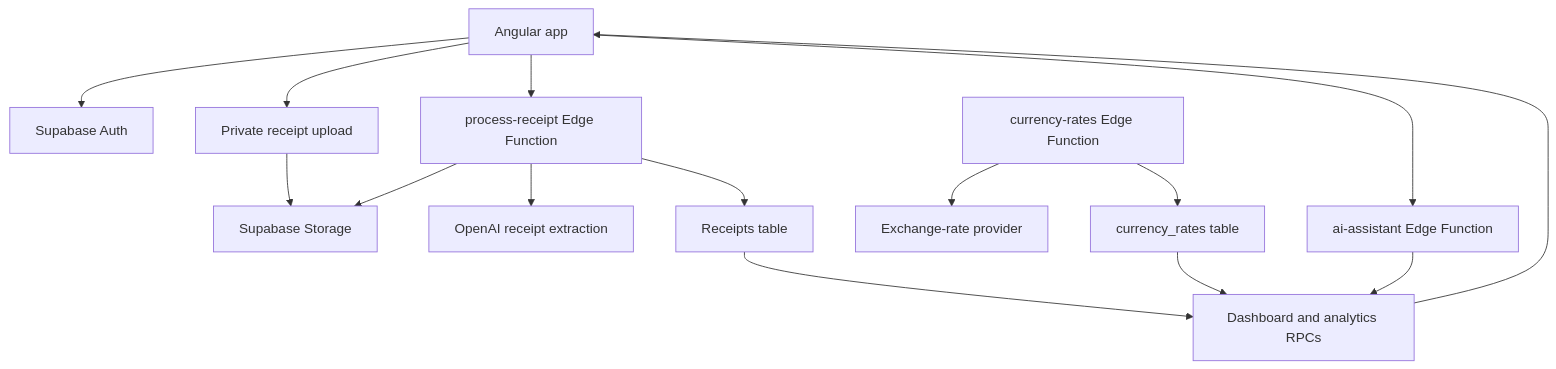
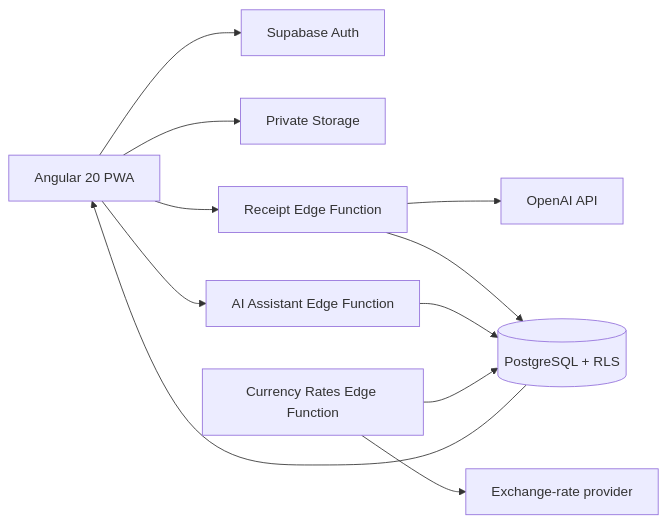
One commit to hussain0326/house-finance-assistance changed the diagram in README.md. Above: the diagram before and after it, drawn with Mermaid. The commit also changed other lines of this file and 22 other files, not shown here.

First line of the commit message:
feat: add architecture guide and enhance testing strategy

````diff
--- a/README.md
+++ b/README.md
@@ -22,17 +37,13 @@
 ```mermaid
-flowchart TD
-	A[Angular app] --> B[Supabase Auth]
-	A --> C[Private receipt upload]
-	C --> D[Supabase Storage]
-	A --> E[process-receipt Edge Function]
-	E --> D
-	E --> F[OpenAI receipt extraction]
-	E --> G[Receipts table]
-	H[currency-rates Edge Function] --> I[Exchange-rate provider]
-	H --> J[currency_rates table]
-	G --> K[Dashboard and analytics RPCs]
-	J --> K
-	K --> A
-	A --> L[ai-assistant Edge Function]
-	L --> K
+flowchart LR
+  Browser[Angular 20 PWA] --> Auth[Supabase Auth]
+  Browser --> Storage[Private Storage]
+  Browser --> ReceiptFn[Receipt Edge Function]
+  Browser --> AssistantFn[AI Assistant Edge Function]
+  ReceiptFn --> OpenAI[OpenAI API]
+  ReceiptFn --> DB[(PostgreSQL + RLS)]
+  AssistantFn --> DB
+  RatesFn[Currency Rates Edge Function] --> Rates[Exchange-rate provider]
+  RatesFn --> DB
+  DB --> Browser
 ```
````
